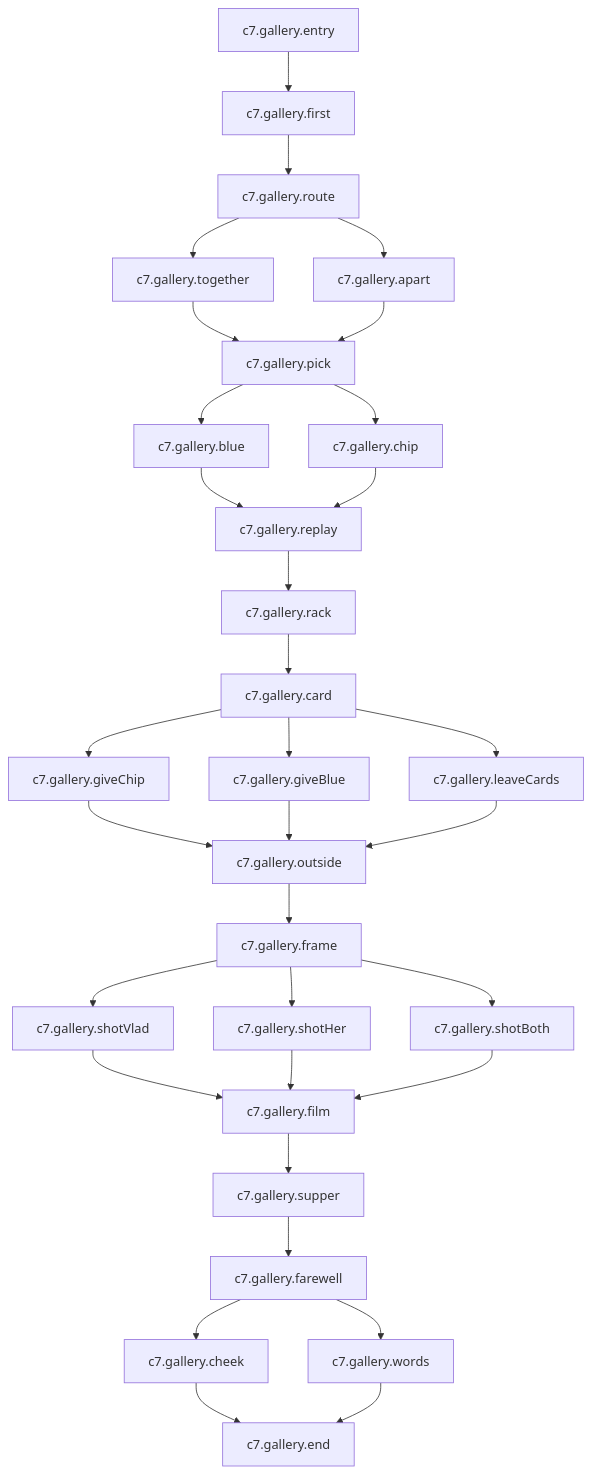
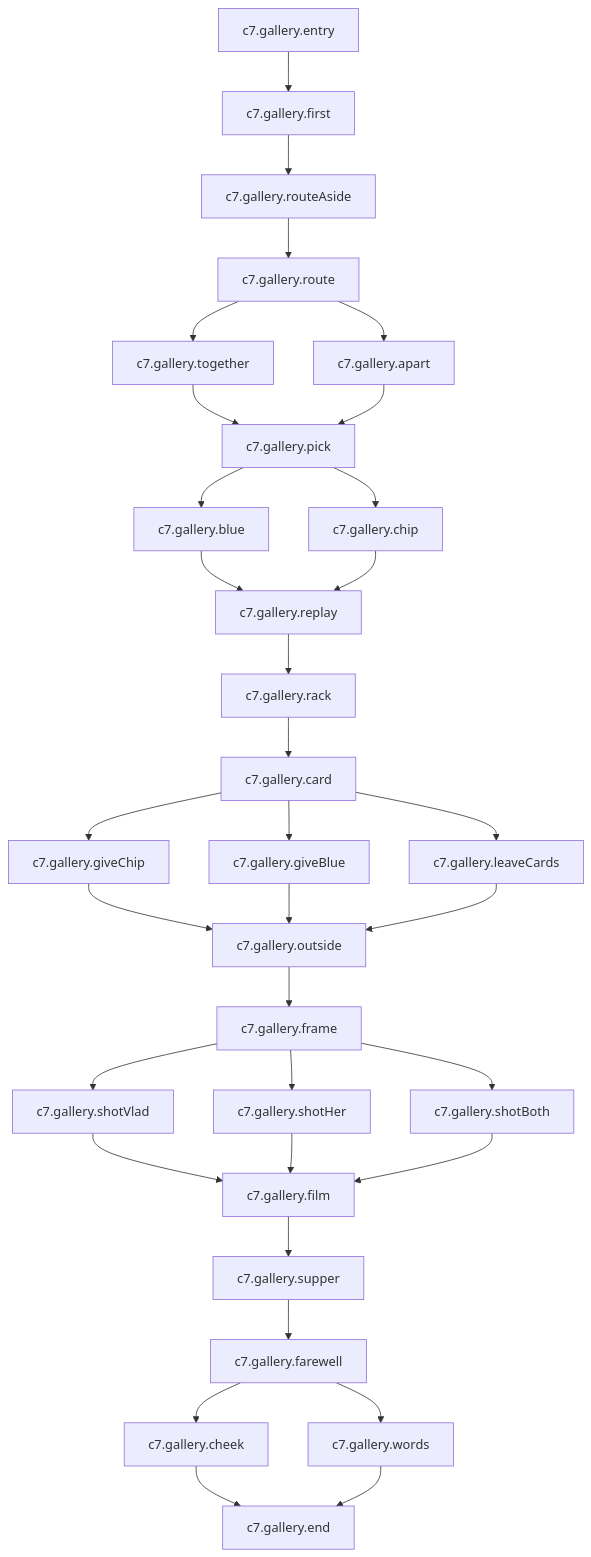
One commit to vlad28x/our-little-story changed the diagram in outputs/CHAPTER_07_SCRIPT.md. Above: the diagram before and after it, drawn with Mermaid. The commit also changed other lines of this file and 97 other files, not shown here.

````diff
--- a/outputs/CHAPTER_07_SCRIPT.md
+++ b/outputs/CHAPTER_07_SCRIPT.md
@@ -7,59 +7,61 @@
 ```mermaid
 flowchart TD
   c7.gallery.entry
   c7.gallery.entry --> c7.gallery.first
   c7.gallery.first
-  c7.gallery.first --> c7.gallery.route
+  c7.gallery.first --> c7.gallery.routeAside
+  c7.gallery.routeAside
+  c7.gallery.routeAside --> c7.gallery.route
   c7.gallery.route
   c7.gallery.route --> c7.gallery.together
   c7.gallery.route --> c7.gallery.apart
   c7.gallery.together
   c7.gallery.together --> c7.gallery.pick
   c7.gallery.apart
   c7.gallery.apart --> c7.gallery.pick
   c7.gallery.pick
   c7.gallery.pick --> c7.gallery.blue
   c7.gallery.pick --> c7.gallery.chip
   c7.gallery.blue
   c7.gallery.blue --> c7.gallery.replay
   c7.gallery.chip
   c7.gallery.chip --> c7.gallery.replay
   c7.gallery.replay
   c7.gallery.replay --> c7.gallery.rack
   c7.gallery.rack
   c7.gallery.rack --> c7.gallery.card
   c7.gallery.card
   c7.gallery.card --> c7.gallery.giveChip
   c7.gallery.card --> c7.gallery.giveBlue
   c7.gallery.card --> c7.gallery.leaveCards
   c7.gallery.giveChip
   c7.gallery.giveChip --> c7.gallery.outside
   c7.gallery.giveBlue
   c7.gallery.giveBlue --> c7.gallery.outside
   c7.gallery.leaveCards
   c7.gallery.leaveCards --> c7.gallery.outside
   c7.gallery.outside
   c7.gallery.outside --> c7.gallery.frame
   c7.gallery.frame
   c7.gallery.frame --> c7.gallery.shotVlad
   c7.gallery.frame --> c7.gallery.shotHer
   c7.gallery.frame --> c7.gallery.shotBoth
   c7.gallery.shotVlad
   c7.gallery.shotVlad --> c7.gallery.film
   c7.gallery.shotHer
   c7.gallery.shotHer --> c7.gallery.film
   c7.gallery.shotBoth
   c7.gallery.shotBoth --> c7.gallery.film
   c7.gallery.film
   c7.gallery.film --> c7.gallery.supper
   c7.gallery.supper
   c7.gallery.supper --> c7.gallery.farewell
   c7.gallery.farewell
   c7.gallery.farewell --> c7.gallery.cheek
   c7.gallery.farewell --> c7.gallery.words
   c7.gallery.cheek
   c7.gallery.cheek --> c7.gallery.end
   c7.gallery.words
   c7.gallery.words --> c7.gallery.end
   c7.gallery.end
 ```
````
